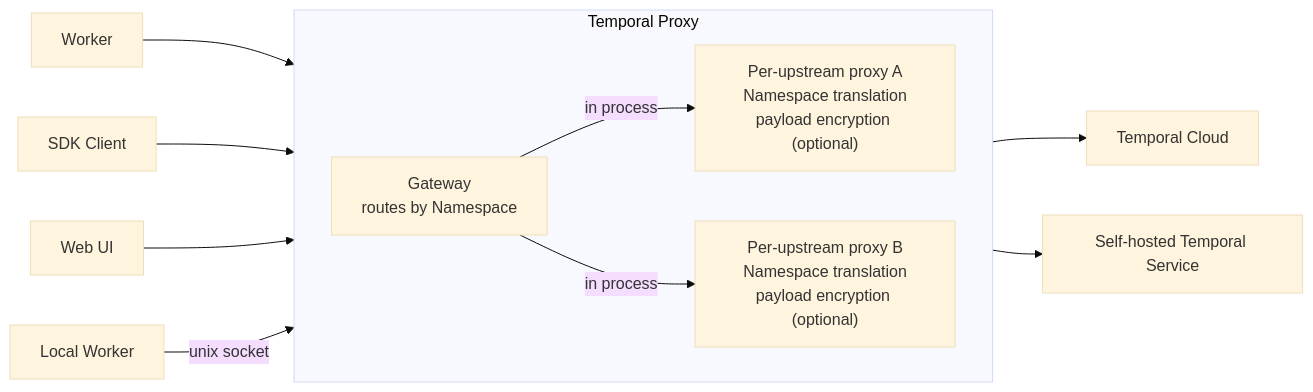
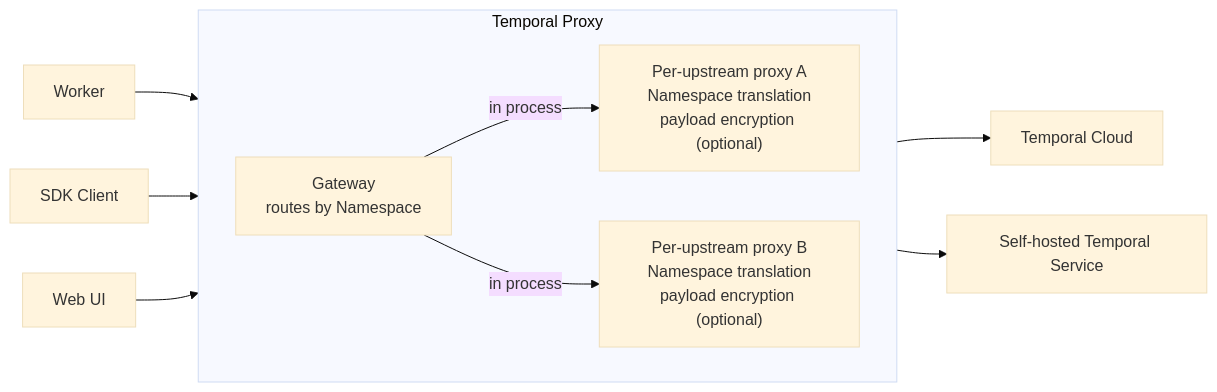
One commit to temporalio/temporal-proxy changed the diagram in README.md. Above: the diagram before and after it, drawn with Mermaid (base theme).

Commit message:
[docs]: Drop the local-worker socket path from the README diagram

````diff
--- a/README.md
+++ b/README.md
@@ -32,26 +32,24 @@
 ```mermaid
   flowchart LR
     Worker[Worker]
     Client[SDK Client]
     UI[Web UI]
 
     subgraph Proxy[Temporal Proxy]
         direction LR
         Gateway["Gateway<br/>routes by Namespace"]
         ProxyA["Per-upstream proxy A<br/>Namespace translation<br/>payload encryption (optional)"]
         ProxyB["Per-upstream proxy B<br/>Namespace translation<br/>payload encryption (optional)"]
         Gateway -->|in process| ProxyA
         Gateway -->|in process| ProxyB
     end
 
     Cloud[Temporal Cloud]
     SelfHosted[Self-hosted Temporal Service]
-    LocalWorker[Local Worker]
 
     Worker --> Gateway
     Client --> Gateway
     UI --> Gateway
-    LocalWorker -->|unix socket| ProxyA
     ProxyA --> Cloud
     ProxyB --> SelfHosted
 ```
````
